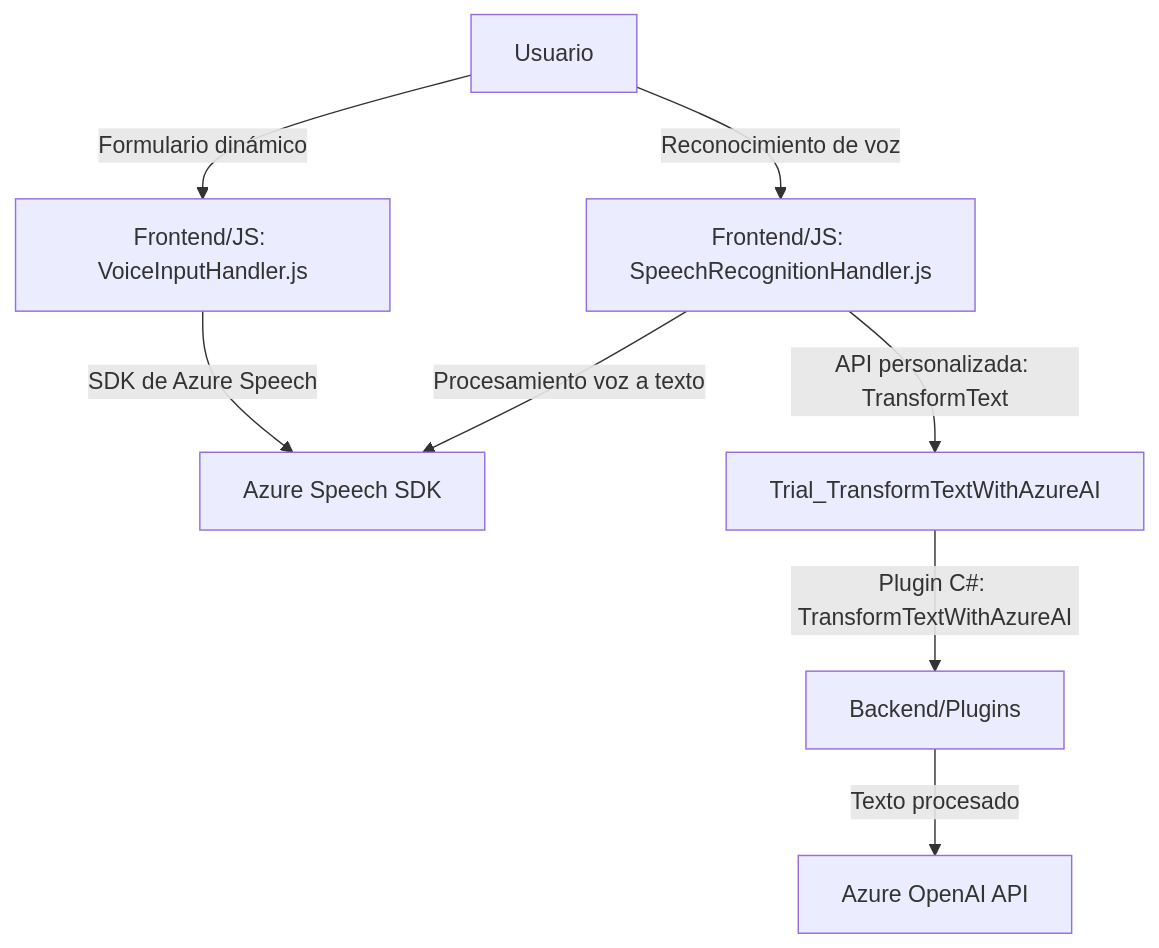
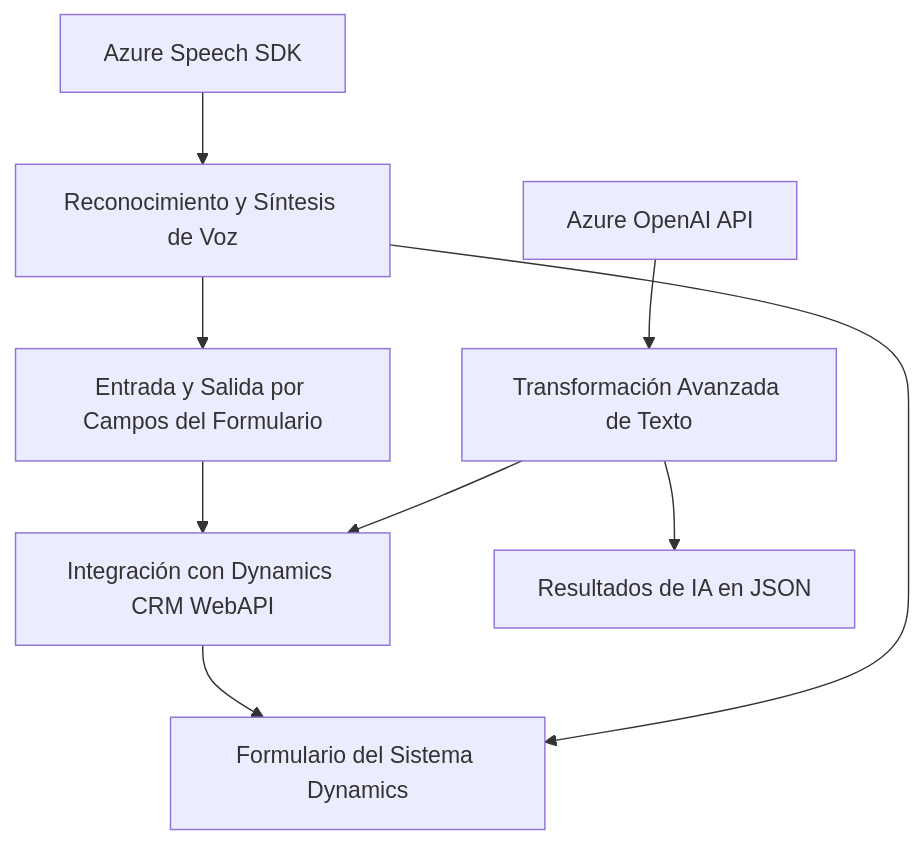
Before and after one commit to blopezdm/NETCORE_BILBAO2025: the diagram in README.md, drawn with Mermaid. The commit also changed other lines of this file, not shown here.

Commit message:
Actualizar análisis global de la solución con IA

````diff
--- a/README.md
+++ b/README.md
@@ -35,10 +44,13 @@
 ```mermaid
 graph TD
-  A["Usuario"] -->|Formulario dinámico| B["Frontend/JS: VoiceInputHandler.js"]
-  A -->|"Reconocimiento de voz"| C["Frontend/JS: SpeechRecognitionHandler.js"]
-  B -->|"SDK de Azure Speech"| D["Azure Speech SDK"]
-  C -->|"Procesamiento voz a texto"| D
-  C -->|"API personalizada: TransformText"| E["Trial_TransformTextWithAzureAI"]
-  E -->|"Plugin C#: TransformTextWithAzureAI"| F["Backend/Plugins"]
-  F -->|"Texto procesado"| G["Azure OpenAI API"]
+    A["Azure Speech SDK"] --> B["Reconocimiento y Síntesis de Voz"]
+    B --> C["Entrada y Salida por Campos del Formulario"]
+    C --> D["Integración con Dynamics CRM WebAPI"]
+
+    E["Azure OpenAI API"] --> F["Transformación Avanzada de Texto"]
+    F --> D
+
+    D --> G["Formulario del Sistema Dynamics"]
+    B --> G
+    F --> H["Resultados de IA en JSON"]
 ```
````
